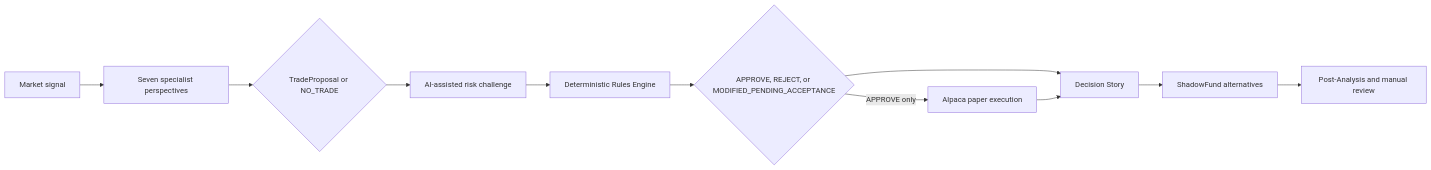
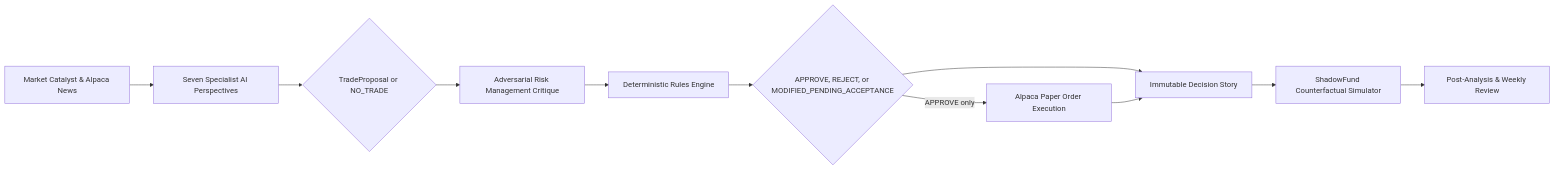
One commit to MaChewwwww/PRISM changed the diagram in README.md. Above: the diagram before and after it, drawn with Mermaid. The commit also changed other lines of this file and 1 other file, not shown here.

Commit message:
docs(readme): revise hackathon documentation and alpaca ecosystem tech stack

````diff
--- a/README.md
+++ b/README.md
@@ -33,13 +54,13 @@
 ```mermaid
 flowchart LR
-    A[Market signal] --> B[Seven specialist perspectives]
+    A[Market Catalyst & Alpaca News] --> B[Seven Specialist AI Perspectives]
     B --> C{TradeProposal or NO_TRADE}
-    C --> D[AI-assisted risk challenge]
+    C --> D[Adversarial Risk Management Critique]
     D --> E[Deterministic Rules Engine]
     E --> F{APPROVE, REJECT, or MODIFIED_PENDING_ACCEPTANCE}
-    F -->|APPROVE only| G[Alpaca paper execution]
-    F --> H[Decision Story]
+    F -->|APPROVE only| G[Alpaca Paper Order Execution]
+    F --> H[Immutable Decision Story]
     G --> H
-    H --> I[ShadowFund alternatives]
-    I --> J[Post-Analysis and manual review]
+    H --> I[ShadowFund Counterfactual Simulator]
+    I --> J[Post-Analysis & Weekly Review]
 ```
````
